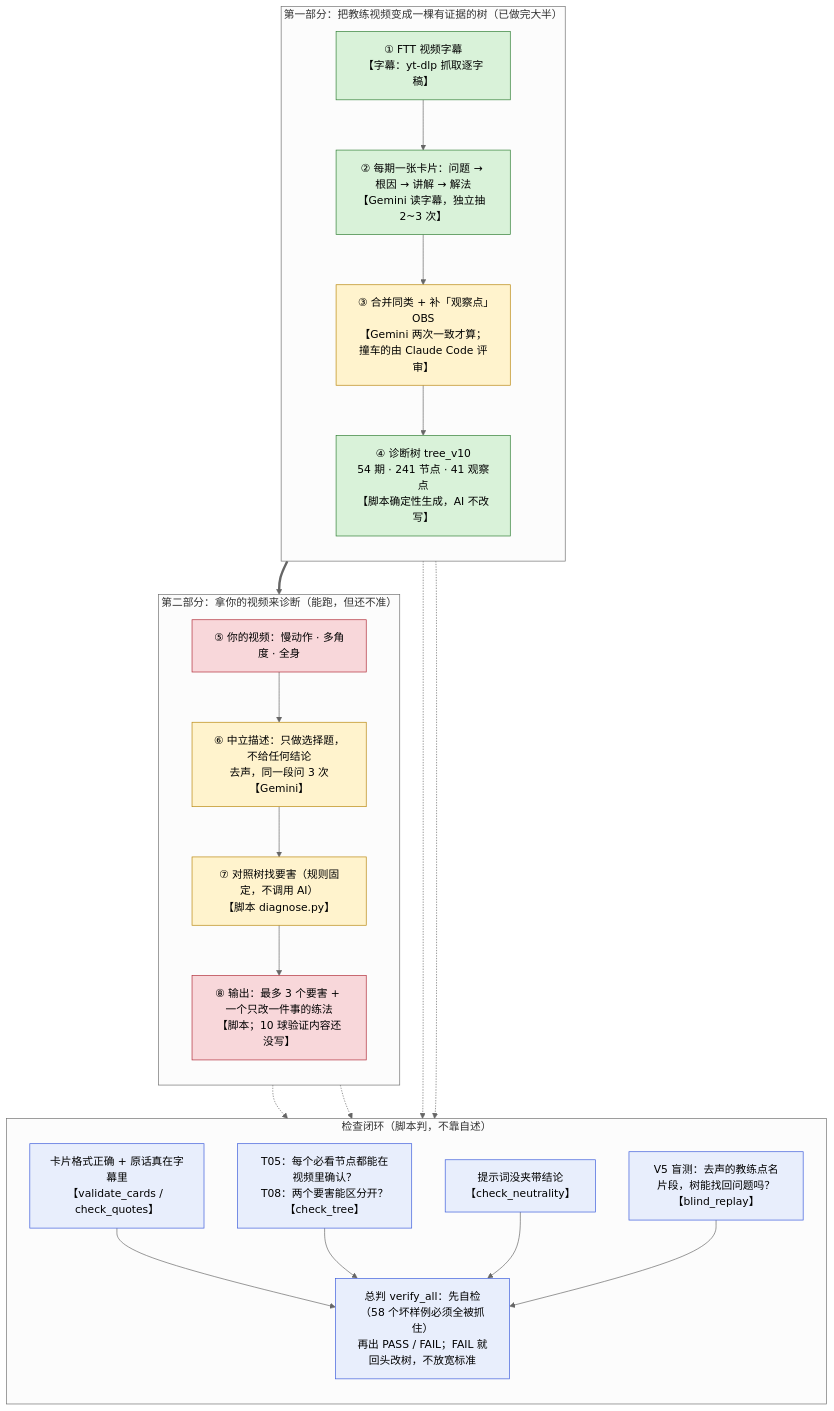
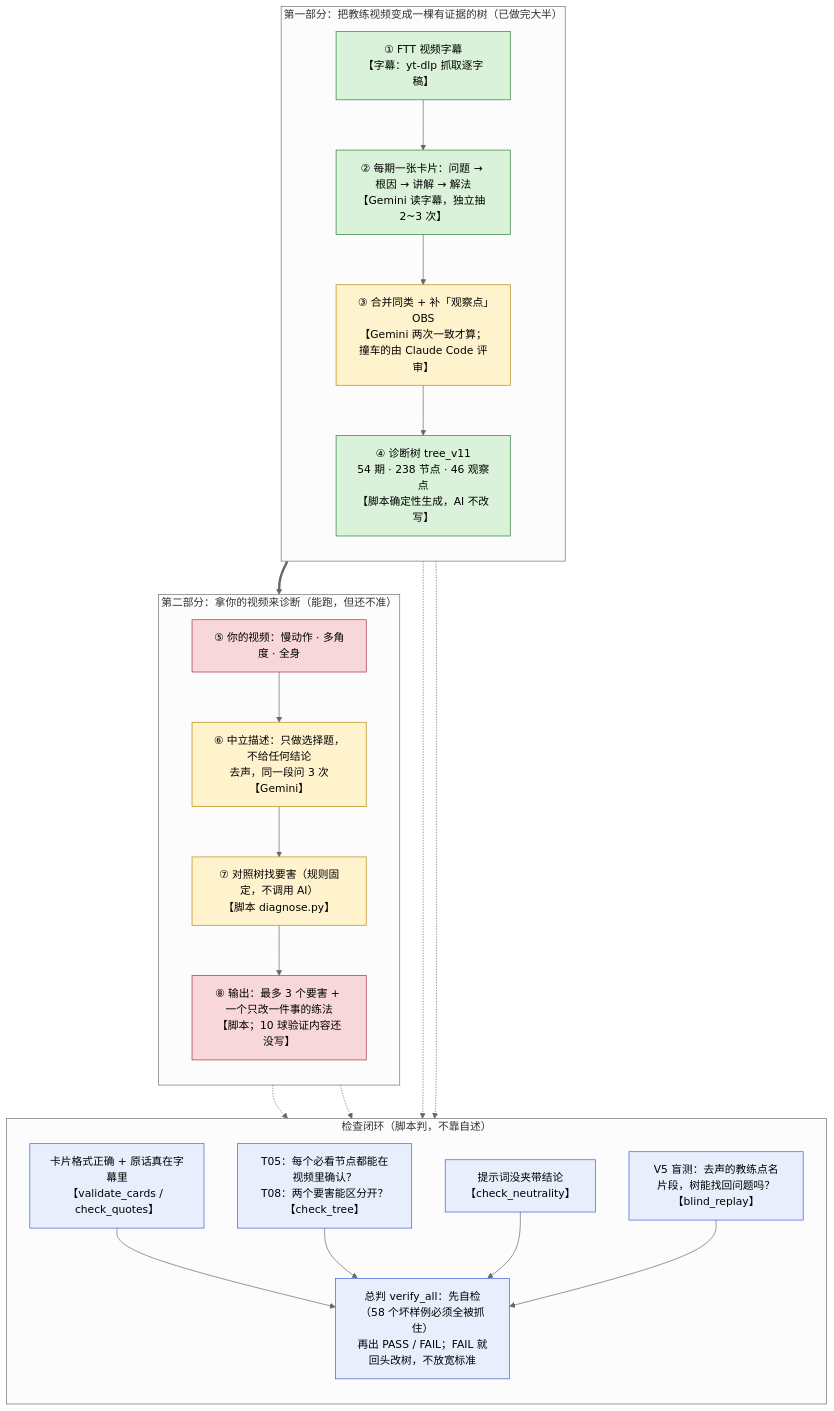
The diagram in docs/diagnosis/FLOW_overview.md (xiaollz/tennis_analyzer), drawn with Mermaid (neutral theme) before and after one commit. The commit also changed other lines of this file and 32 other files, not shown here.

````diff
--- a/docs/diagnosis/FLOW_overview.md
+++ b/docs/diagnosis/FLOW_overview.md
@@ -10,44 +10,44 @@
 ```mermaid
 flowchart TD
   subgraph L1["第一部分：把教练视频变成一棵有证据的树（已做完大半）"]
     direction TB
     A["① FTT 视频字幕<br/>【字幕：yt-dlp 抓取逐字稿】"]
     B["② 每期一张卡片：问题 → 根因 → 讲解 → 解法<br/>【Gemini 读字幕，独立抽 2~3 次】"]
     C["③ 合并同类 + 补「观察点」OBS<br/>【Gemini 两次一致才算；撞车的由 Claude Code 评审】"]
-    D["④ 诊断树 tree_v10<br/>54 期 · 241 节点 · 41 观察点<br/>【脚本确定性生成，AI 不改写】"]
+    D["④ 诊断树 tree_v11<br/>54 期 · 238 节点 · 46 观察点<br/>【脚本确定性生成，AI 不改写】"]
     A --> B --> C --> D
   end
   subgraph L2["第二部分：拿你的视频来诊断（能跑，但还不准）"]
     direction TB
     E["⑤ 你的视频：慢动作 · 多角度 · 全身"]
     F["⑥ 中立描述：只做选择题，不给任何结论<br/>去声，同一段问 3 次<br/>【Gemini】"]
     G["⑦ 对照树找要害（规则固定，不调用 AI）<br/>【脚本 diagnose.py】"]
     H["⑧ 输出：最多 3 个要害 + 一个只改一件事的练法<br/>【脚本；10 球验证内容还没写】"]
     E --> F --> G --> H
   end
   D ==> G
   subgraph L3["检查闭环（脚本判，不靠自述）"]
     direction TB
     V1["卡片格式正确 + 原话真在字幕里<br/>【validate_cards / check_quotes】"]
     V2["T05：每个必看节点都能在视频里确认？<br/>T08：两个要害能区分开？<br/>【check_tree】"]
     V3["提示词没夹带结论<br/>【check_neutrality】"]
     V4["V5 盲测：去声的教练点名片段，树能找回问题吗？<br/>【blind_replay】"]
     S["总判 verify_all：先自检（58 个坏样例必须全被抓住）<br/>再出 PASS / FAIL；FAIL 就回头改树，不放宽标准"]
     V1 --> S
     V2 --> S
     V3 --> S
     V4 --> S
   end
   B -.-> V1
   D -.-> V2
   F -.-> V3
   G -.-> V4
   classDef done fill:#d9f2d9,stroke:#2e7d32,color:#000
   classDef part fill:#fff3cd,stroke:#b8860b,color:#000
   classDef todo fill:#f8d7da,stroke:#b02a37,color:#000
   classDef chk fill:#e8eefc,stroke:#3b5bdb,color:#000
   class A,B,D done
   class C,F,G part
   class E,H todo
   class V1,V2,V3,V4,S chk
 ```
````
